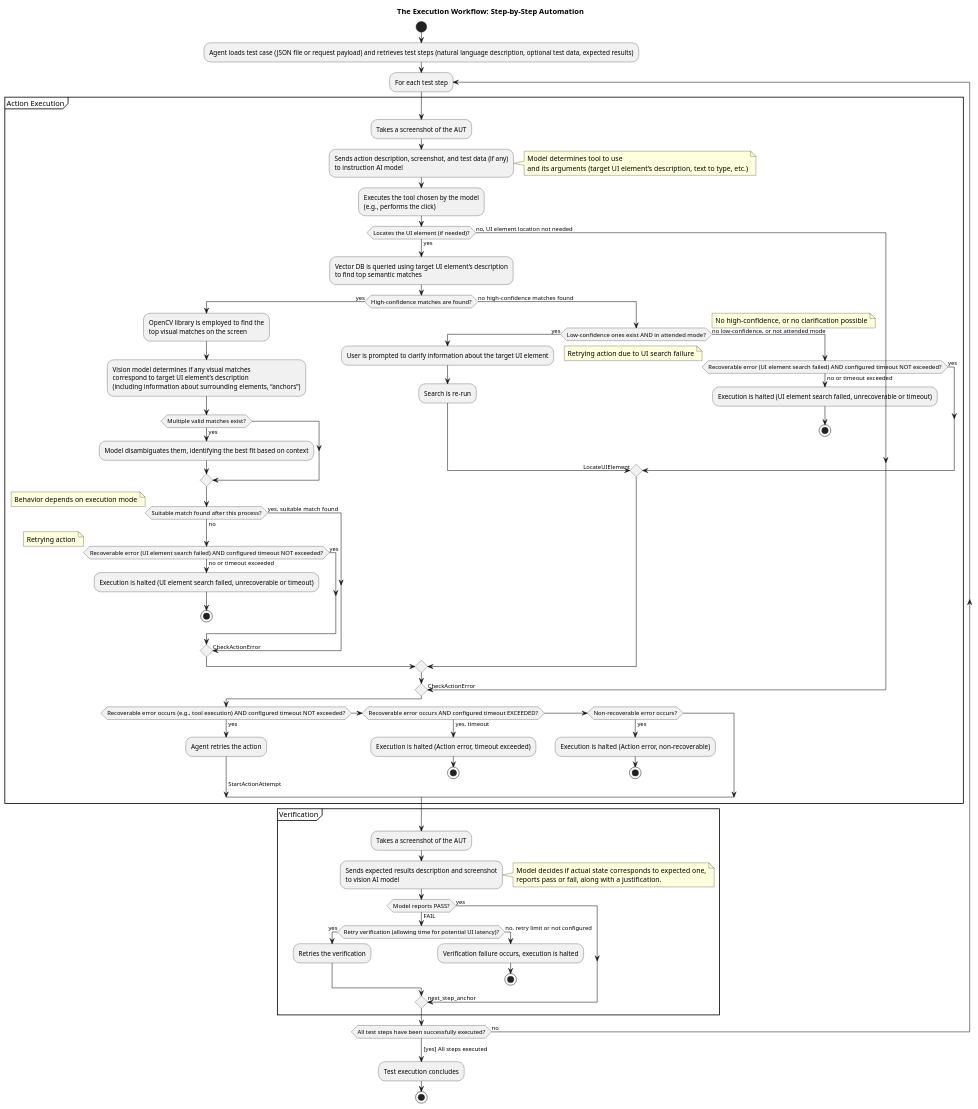
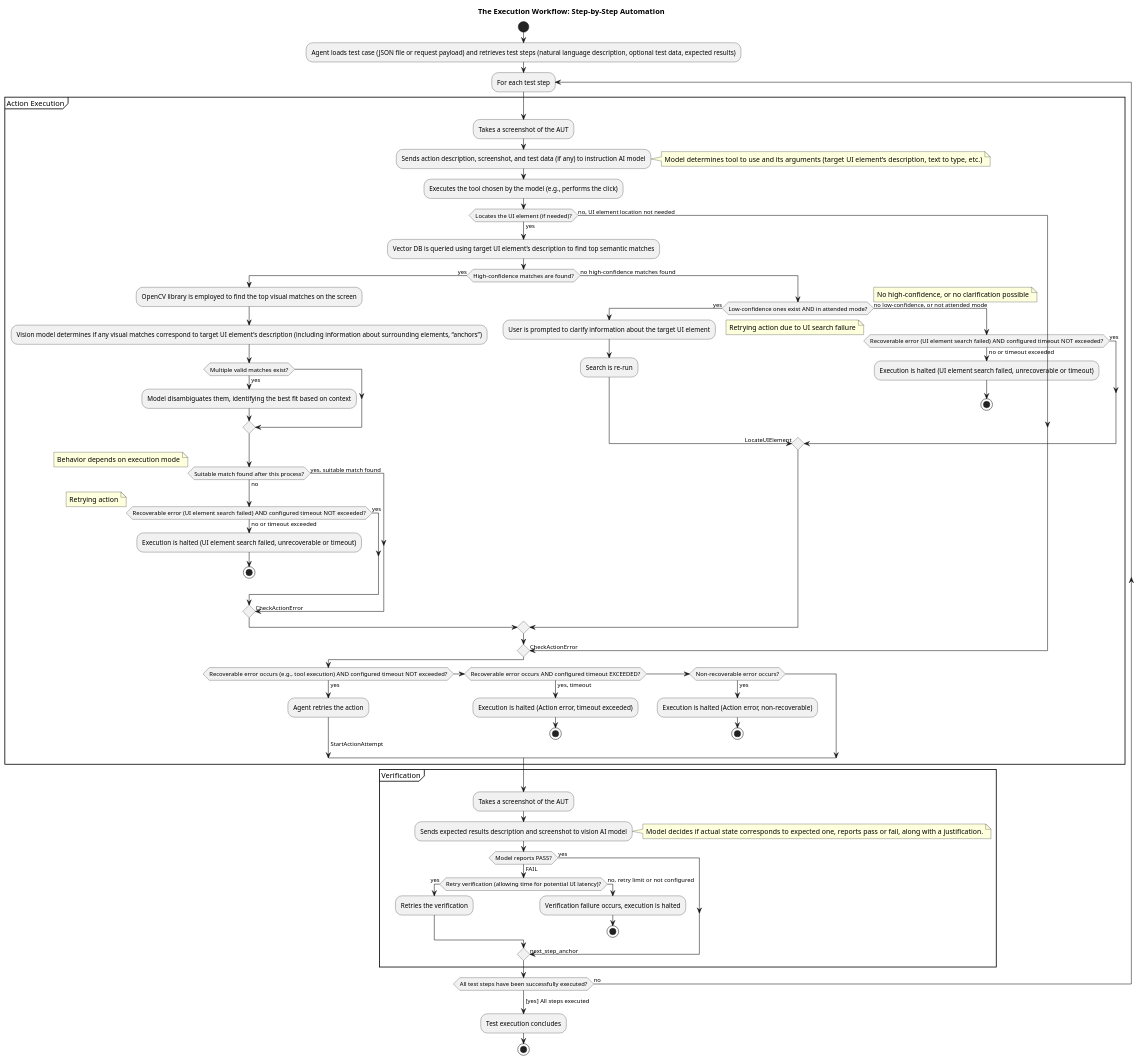
Before and after one commit to partarstu/ui-test-automation-agent: the diagram in flow_diagram.puml, drawn with PlantUML.

Commit message:
Adapted flow diagram

```diff
--- a/flow_diagram.puml
+++ b/flow_diagram.puml
@@ -1,92 +1,92 @@
 @startuml
 title The Execution Workflow: Step-by-Step Automation
 
 start
 :Agent loads test case (JSON file or request payload) and retrieves test steps (natural language description, optional test data, expected results);
 
 repeat :For each test step
     partition "Action Execution" {
         label StartActionAttempt
         :Takes a screenshot of the AUT;
-        :Sends action description, screenshot, and test data (if any)\nto instruction AI model;
-        note right: Model determines tool to use\nand its arguments (target UI element’s description, text to type, etc.)
-        :Executes the tool chosen by the model\n(e.g., performs the click);
+        :Sends action description, screenshot, and test data (if any) to instruction AI model;
+        note right: Model determines tool to use and its arguments (target UI element’s description, text to type, etc.)
+        :Executes the tool chosen by the model (e.g., performs the click);
 
         if (Locates the UI element (if needed)?) then (yes)
             label LocateUIElement
-            :Vector DB is queried using target UI element’s description\nto find top semantic matches;
+            :Vector DB is queried using target UI element’s description to find top semantic matches;
             if (High-confidence matches are found?) then (yes)
-                :OpenCV library is employed to find the\ntop visual matches on the screen;
-                :Vision model determines if any visual matches\ncorrespond to target UI element’s description\n(including information about surrounding elements, “anchors”);
+                :OpenCV library is employed to find the top visual matches on the screen;
+                :Vision model determines if any visual matches correspond to target UI element’s description (including information about surrounding elements, “anchors”);
                 if (Multiple valid matches exist?) then (yes)
                     :Model disambiguates them, identifying the best fit based on context;
                 endif
                 if (Suitable match found after this process?) then (no)
                     note right: Behavior depends on execution mode
                     if (Recoverable error (UI element search failed) AND configured timeout NOT exceeded?) then (yes)
                         floating note: Retrying action
                         -> StartActionAttempt;
                     else (no or timeout exceeded)
                         :Execution is halted (UI element search failed, unrecoverable or timeout);
                         stop
                     endif
                 else (yes, suitable match found)
                     -> CheckActionError;
                 endif
             else (no high-confidence matches found)
                 if (Low-confidence ones exist AND in attended mode?) then (yes)
                     :User is prompted to clarify information about the target UI element;
                     :Search is re-run;
                     -> LocateUIElement;
                 else (no low-confidence, or not attended mode)
                     note right: No high-confidence, or no clarification possible
                     if (Recoverable error (UI element search failed) AND configured timeout NOT exceeded?) then (yes)
                         floating note: Retrying action due to UI search failure
                         -> StartActionAttempt;
                     else (no or timeout exceeded)
                         :Execution is halted (UI element search failed, unrecoverable or timeout);
                         stop
                     endif
                 endif
             endif
         else (no, UI element location not needed)
             -> CheckActionError;
         endif
 
         label CheckActionError
         if (Recoverable error occurs (e.g., tool execution) AND configured timeout NOT exceeded?) then (yes)
             :Agent retries the action;
             -> StartActionAttempt;
         elseif (Recoverable error occurs AND configured timeout EXCEEDED?) then (yes, timeout)
             :Execution is halted (Action error, timeout exceeded);
             stop
         elseif (Non-recoverable error occurs?) then (yes)
             :Execution is halted (Action error, non-recoverable);
             stop
         endif
     }
 
     partition "Verification" {
         label StartVerificationAttempt
         :Takes a screenshot of the AUT;
-        :Sends expected results description and screenshot\nto vision AI model;
-        note right: Model decides if actual state corresponds to expected one,\nreports pass or fail, along with a justification.
+        :Sends expected results description and screenshot to vision AI model;
+        note right: Model decides if actual state corresponds to expected one, reports pass or fail, along with a justification.
         if (Model reports PASS?) then (yes)
             -> next_step_anchor;
         else (FAIL)
             if (Retry verification (allowing time for potential UI latency)?) then (yes)
                 :Retries the verification;
                 -> StartVerificationAttempt;
             else (no, retry limit or not configured)
                 :Verification failure occurs, execution is halted;
                 stop
             endif
         endif
     }
     label next_step_anchor
 repeat while (All test steps have been successfully executed?) is (no)
 ->[yes] All steps executed;
 
 :Test execution concludes;
 stop
 @enduml
```
